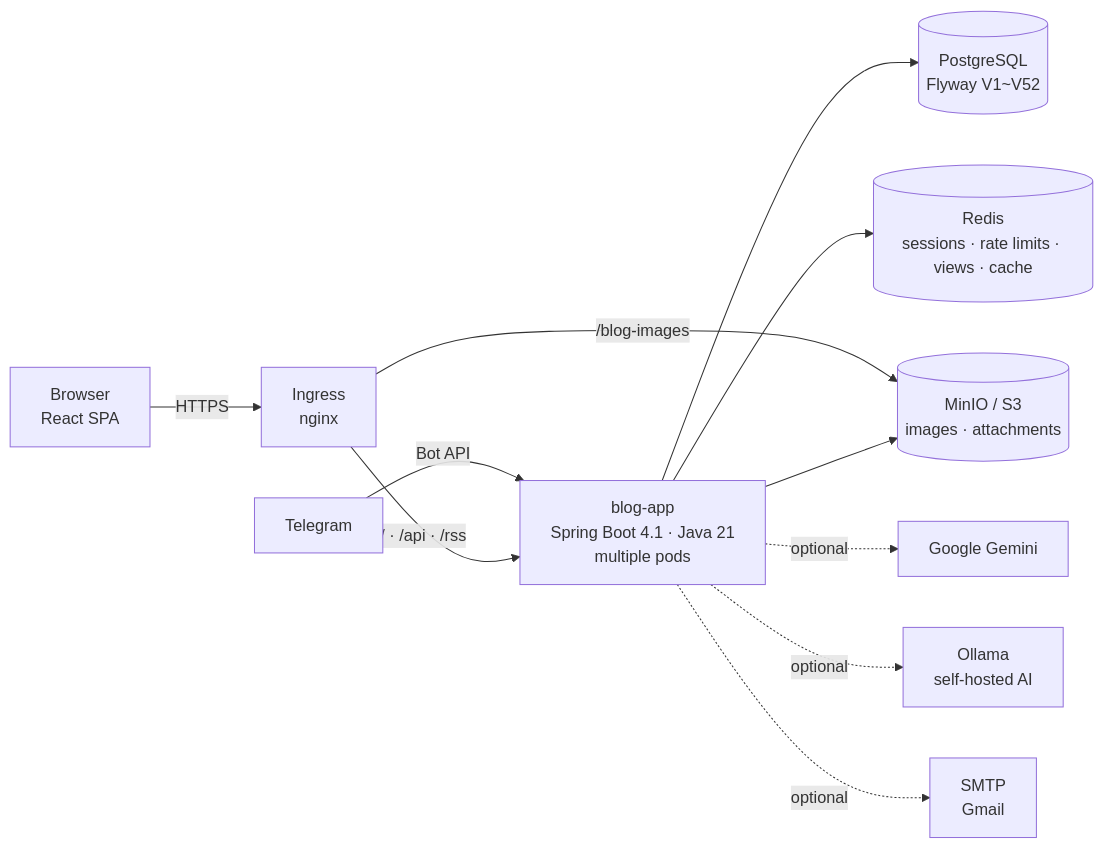
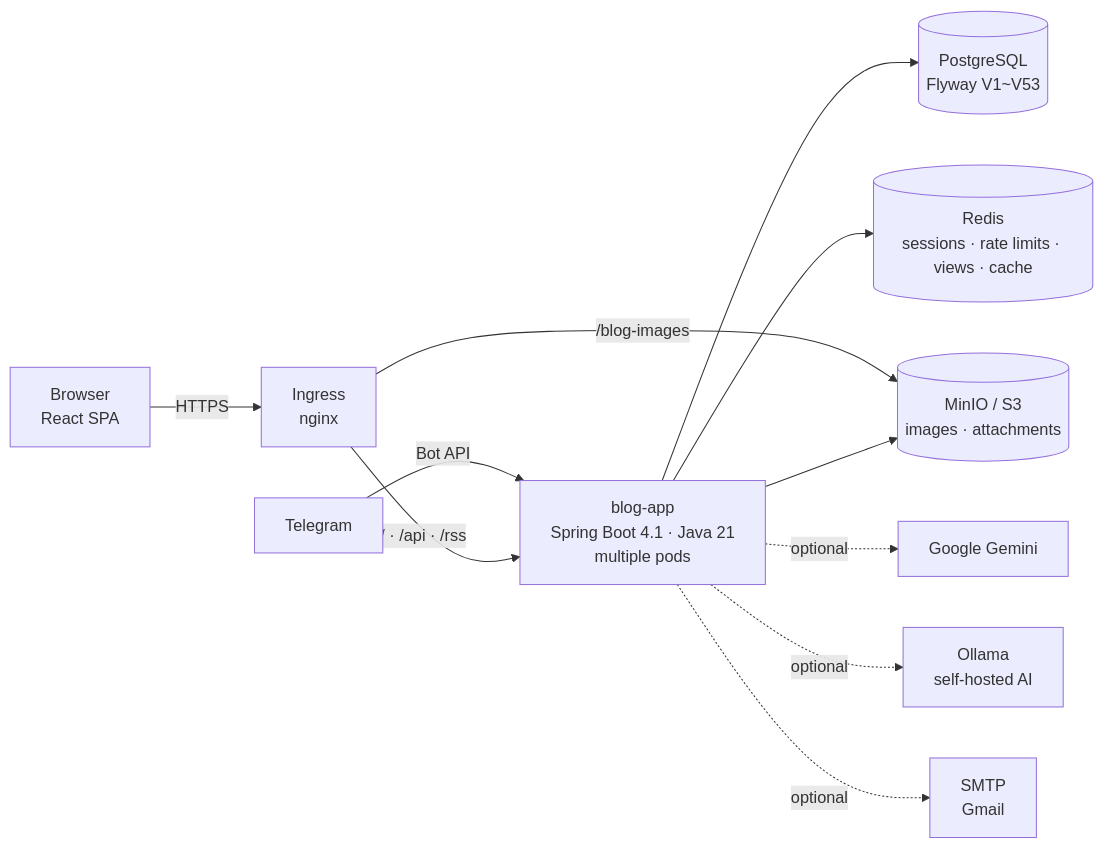
Before and after one commit to AIGJ-01-002-blog/devlog: the first of 3 diagrams in README.en.md, drawn with Mermaid. The commit also changed other lines of this file and 10 other files, not shown here.

````diff
--- a/README.en.md
+++ b/README.en.md
@@ -163,13 +163,13 @@
 ```mermaid
 flowchart LR
     B[Browser<br/>React SPA] -->|HTTPS| I[Ingress<br/>nginx]
     T[Telegram] -->|Bot API| A
     I -->|/ · /api · /rss| A[blog-app<br/>Spring Boot 4.1 · Java 21<br/>multiple pods]
     I -->|/blog-images| M[(MinIO / S3<br/>images · attachments)]
-    A --> P[(PostgreSQL<br/>Flyway V1~V52)]
+    A --> P[(PostgreSQL<br/>Flyway V1~V53)]
     A --> R[(Redis<br/>sessions · rate limits · views · cache)]
     A --> M
     A -.optional.-> G[Google Gemini]
     A -.optional.-> O[Ollama<br/>self-hosted AI]
     A -.optional.-> S[SMTP<br/>Gmail]
 ```
````
